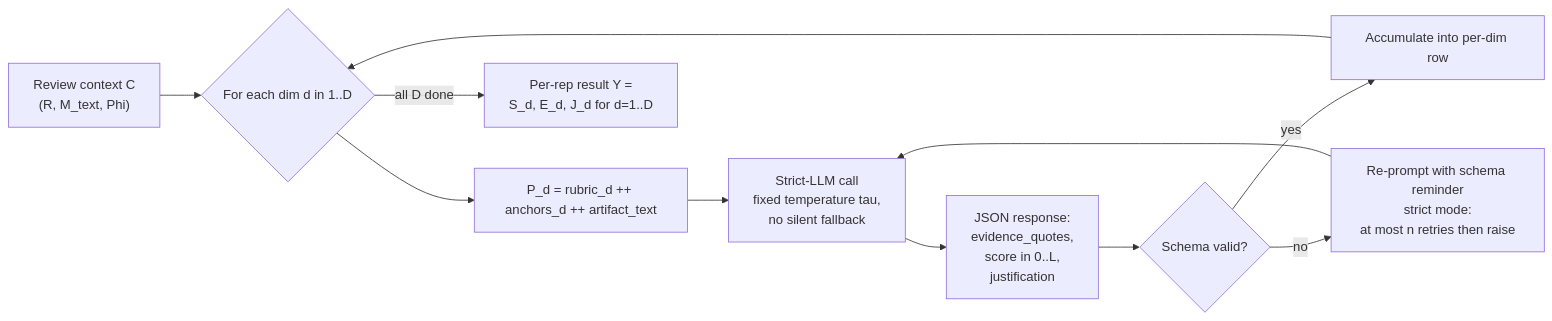
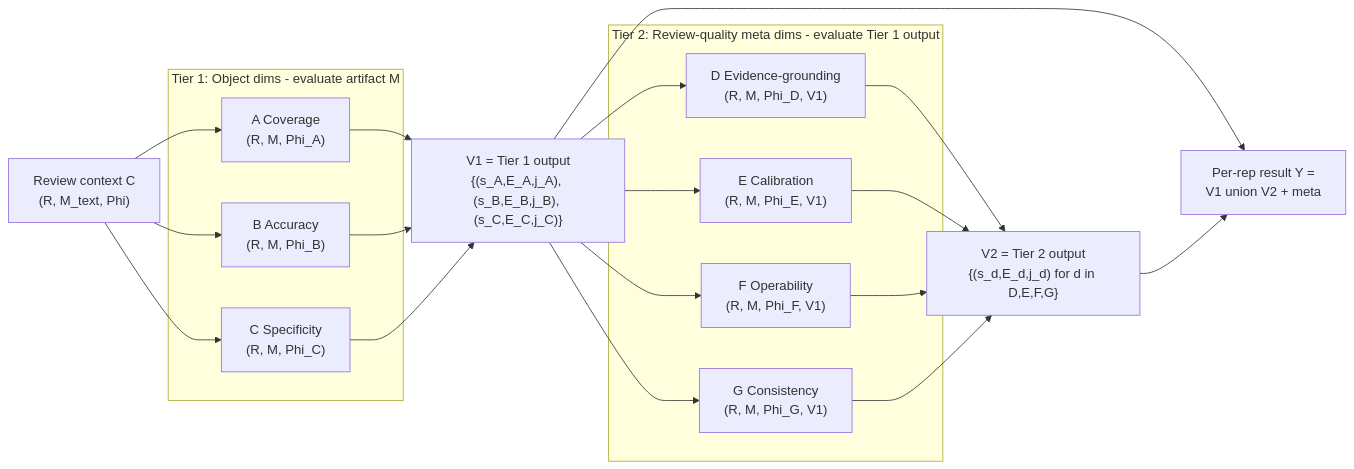
The second of 3 diagrams in project_ex1_llm_judge_for_stm/discussions/2026-05-08-19-20-31-AI-讨论-project_ex1学术定位与相关工作综述.md (HansBug/research_ideas), drawn with Mermaid before and after one commit. The commit also changed other lines of this file, not shown here.

First line of the commit message:
docs(project_ex1): 学术讨论稿 v4.2 — 双层 rubric 形式化 + 双轨聚合 + 方法-指标 dataflow

````diff
--- a/project_ex1_llm_judge_for_stm/discussions/2026-05-08-19-20-31-AI-讨论-project_ex1学术定位与相关工作综述.md
+++ b/project_ex1_llm_judge_for_stm/discussions/2026-05-08-19-20-31-AI-讨论-project_ex1学术定位与相关工作综述.md
@@ -295,16 +346,38 @@
 ```mermaid
 flowchart LR
     CTX["Review context C<br/>(R, M_text, Phi)"]
-    CTX --> LOOP{"For each dim d in 1..D"}
 
-    LOOP --> P["P_d = rubric_d ++ anchors_d ++ artifact_text"]
-    P --> CALL["Strict-LLM call<br/>fixed temperature tau,<br/>no silent fallback"]
-    CALL --> RESP["JSON response:<br/>evidence_quotes,<br/>score in 0..L,<br/>justification"]
-    RESP --> VALID{"Schema valid?"}
-    VALID -- yes --> ACC["Accumulate into per-dim row"]
-    VALID -- no --> RETRY["Re-prompt with schema reminder<br/>strict mode:<br/>at most n retries then raise"]
-    RETRY --> CALL
-    ACC --> LOOP
+    subgraph TIER1 [Tier 1: Object dims - evaluate artifact M]
+        TA["A Coverage<br/>(R, M, Phi_A)"]
+        TB["B Accuracy<br/>(R, M, Phi_B)"]
+        TC["C Specificity<br/>(R, M, Phi_C)"]
+    end
 
-    LOOP -- all D done --> OUT["Per-rep result Y =<br/>S_d, E_d, J_d for d=1..D"]
+    subgraph TIER2 [Tier 2: Review-quality meta dims - evaluate Tier 1 output]
+        TD["D Evidence-grounding<br/>(R, M, Phi_D, V1)"]
+        TE["E Calibration<br/>(R, M, Phi_E, V1)"]
+        TF["F Operability<br/>(R, M, Phi_F, V1)"]
+        TG["G Consistency<br/>(R, M, Phi_G, V1)"]
+    end
+
+    CTX --> TA
+    CTX --> TB
+    CTX --> TC
+
+    TA --> V1["V1 = Tier 1 output<br/>{(s_A,E_A,j_A), (s_B,E_B,j_B), (s_C,E_C,j_C)}"]
+    TB --> V1
+    TC --> V1
+
+    V1 --> TD
+    V1 --> TE
+    V1 --> TF
+    V1 --> TG
+
+    TD --> V2["V2 = Tier 2 output<br/>{(s_d,E_d,j_d) for d in D,E,F,G}"]
+    TE --> V2
+    TF --> V2
+    TG --> V2
+
+    V1 --> Y["Per-rep result Y =<br/>V1 union V2 + meta"]
+    V2 --> Y
 ```
````
